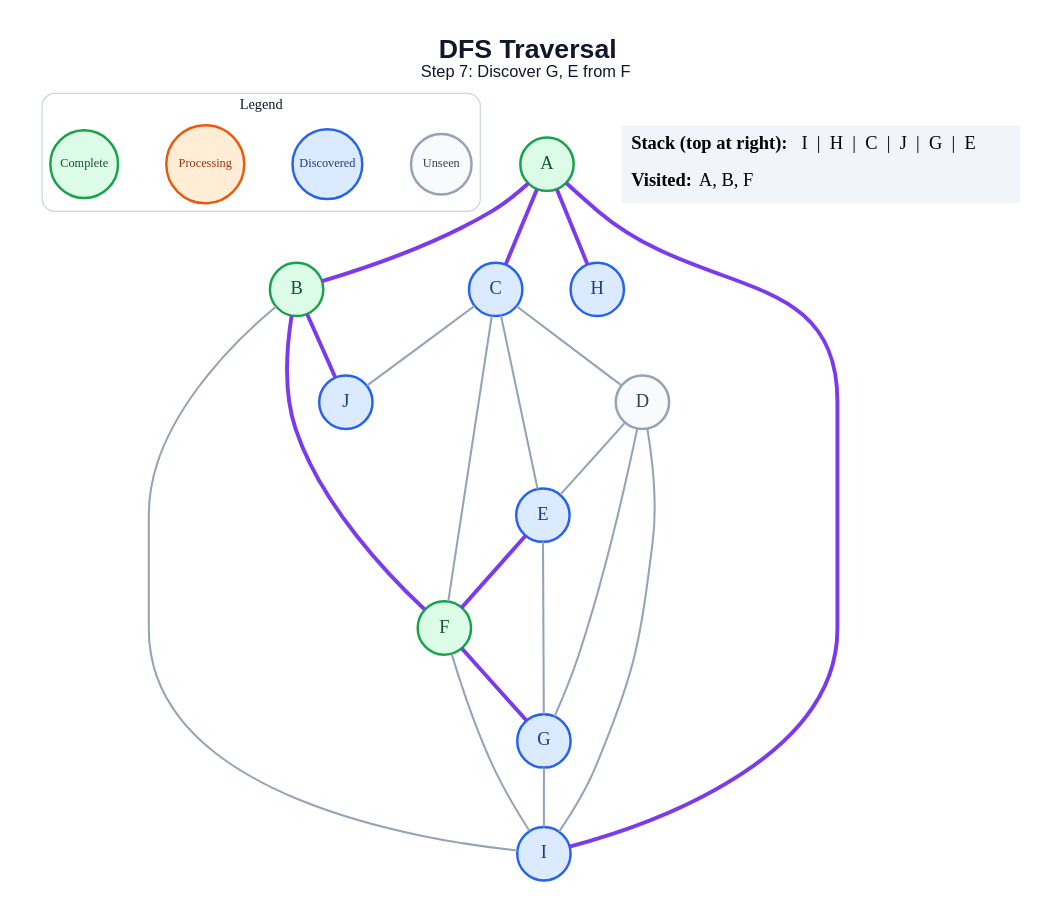
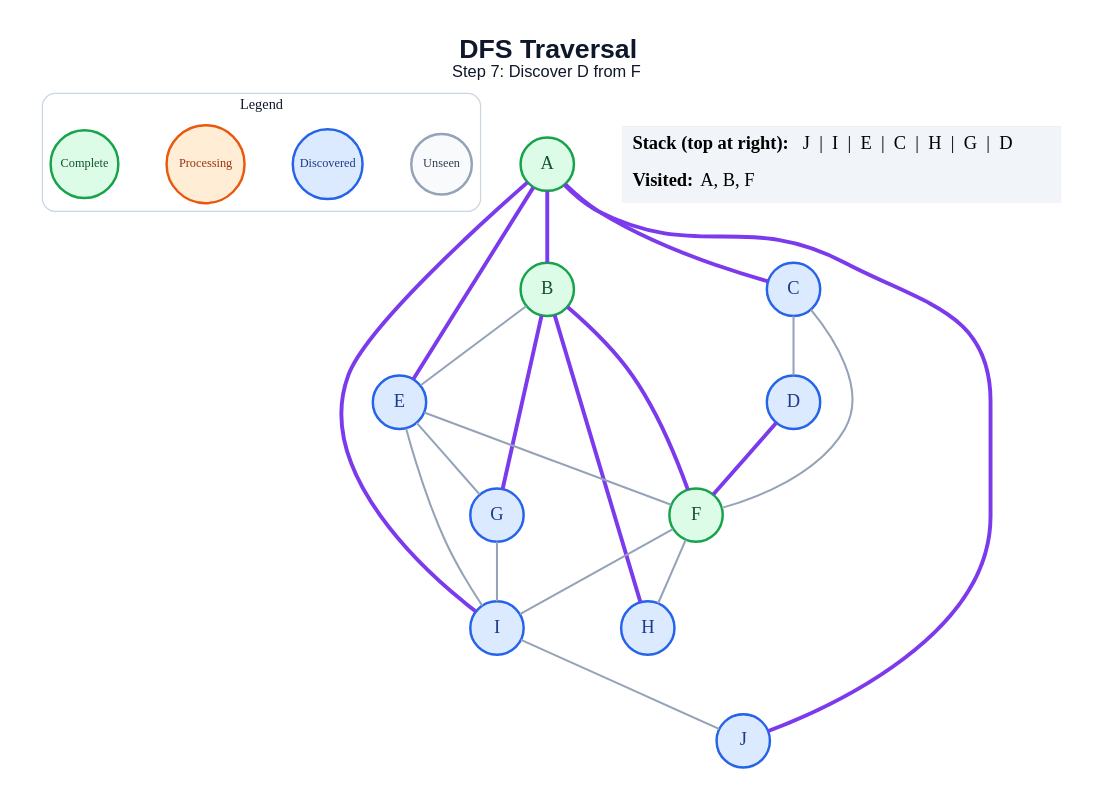
Before and after one commit to anon7238593-create/ai-slop: the diagram in generated/dfs/step_07.dot, drawn with Graphviz. The commit also changed 85 other files, not shown here.

```diff
--- a/generated/dfs/step_07.dot
+++ b/generated/dfs/step_07.dot
@@ -1,48 +1,48 @@
 graph traversal {
   graph [layout=dot, rankdir=TB, bgcolor="#FFFFFF", pad="0.35", nodesep="0.65", ranksep="0.8", fontname="Arial"];
   node [shape=circle, style="filled", fontname="Arial Bold", fontsize=18, width=0.72, fixedsize=true, penwidth=2.4];
   edge [color="#94A3B8", penwidth=2.0];
-  label=<<B>DFS Traversal</B><BR/><FONT POINT-SIZE="16">Step 7: Discover G, E from F</FONT>>; labelloc="t"; fontsize=26; fontname="Arial"; fontcolor="#0F172A";
+  label=<<B>DFS Traversal</B><BR/><FONT POINT-SIZE="16">Step 7: Discover D from F</FONT>>; labelloc="t"; fontsize=26; fontname="Arial"; fontcolor="#0F172A";
   subgraph cluster_legend { label="Legend"; color="#CBD5E1"; penwidth=1.2; style="rounded"; fontsize=14; fontname="Arial Bold";
     key_unseen [label="Unseen", fillcolor="#F8FAFC", color="#94A3B8", fontcolor="#334155", fontsize=12, width=0.82];
     key_frontier [label="Discovered", fillcolor="#DBEAFE", color="#2563EB", fontcolor="#1E3A8A", fontsize=12, width=0.95];
     key_current [label="Processing", fillcolor="#FFEDD5", color="#EA580C", fontcolor="#9A3412", fontsize=12, width=1.05];
     key_done [label="Complete", fillcolor="#DCFCE7", color="#16A34A", fontcolor="#14532D", fontsize=12, width=0.92];
     { rank=same; key_unseen; key_frontier; key_current; key_done; }
   }
   A [fillcolor="#DCFCE7", color="#16A34A", fontcolor="#14532D"];
   B [fillcolor="#DCFCE7", color="#16A34A", fontcolor="#14532D"];
   C [fillcolor="#DBEAFE", color="#2563EB", fontcolor="#1E3A8A"];
-  D [fillcolor="#F8FAFC", color="#94A3B8", fontcolor="#334155"];
+  D [fillcolor="#DBEAFE", color="#2563EB", fontcolor="#1E3A8A"];
   E [fillcolor="#DBEAFE", color="#2563EB", fontcolor="#1E3A8A"];
   F [fillcolor="#DCFCE7", color="#16A34A", fontcolor="#14532D"];
   G [fillcolor="#DBEAFE", color="#2563EB", fontcolor="#1E3A8A"];
   H [fillcolor="#DBEAFE", color="#2563EB", fontcolor="#1E3A8A"];
   I [fillcolor="#DBEAFE", color="#2563EB", fontcolor="#1E3A8A"];
   J [fillcolor="#DBEAFE", color="#2563EB", fontcolor="#1E3A8A"];
   A -- B [color="#7C3AED", penwidth=3.8];
   A -- C [color="#7C3AED", penwidth=3.8];
-  A -- H [color="#7C3AED", penwidth=3.8];
+  A -- E [color="#7C3AED", penwidth=3.8];
   A -- I [color="#7C3AED", penwidth=3.8];
+  A -- J [color="#7C3AED", penwidth=3.8];
+  B -- E;
   B -- F [color="#7C3AED", penwidth=3.8];
-  B -- I;
-  B -- J [color="#7C3AED", penwidth=3.8];
+  B -- G [color="#7C3AED", penwidth=3.8];
+  B -- H [color="#7C3AED", penwidth=3.8];
   C -- D;
-  C -- E;
   C -- F;
-  C -- J;
-  D -- E;
-  D -- G;
-  D -- I;
-  E -- F [color="#7C3AED", penwidth=3.8];
+  D -- F [color="#7C3AED", penwidth=3.8];
+  E -- F;
   E -- G;
-  F -- G [color="#7C3AED", penwidth=3.8];
+  E -- I;
+  F -- H;
   F -- I;
   G -- I;
+  I -- J;
   status [shape=plain, fixedsize=false, width=0, height=0, margin=0, label=<
     <TABLE BORDER="0" CELLBORDER="0" CELLPADDING="7" BGCOLOR="#F1F5F9">
-      <TR><TD ALIGN="LEFT"><B>Stack (top at right):</B> I  |  H  |  C  |  J  |  G  |  E</TD></TR>
+      <TR><TD ALIGN="LEFT"><B>Stack (top at right):</B> J  |  I  |  E  |  C  |  H  |  G  |  D</TD></TR>
       <TR><TD ALIGN="LEFT"><B>Visited:</B> A, B, F</TD></TR>
     </TABLE>
   >];
 }
```
